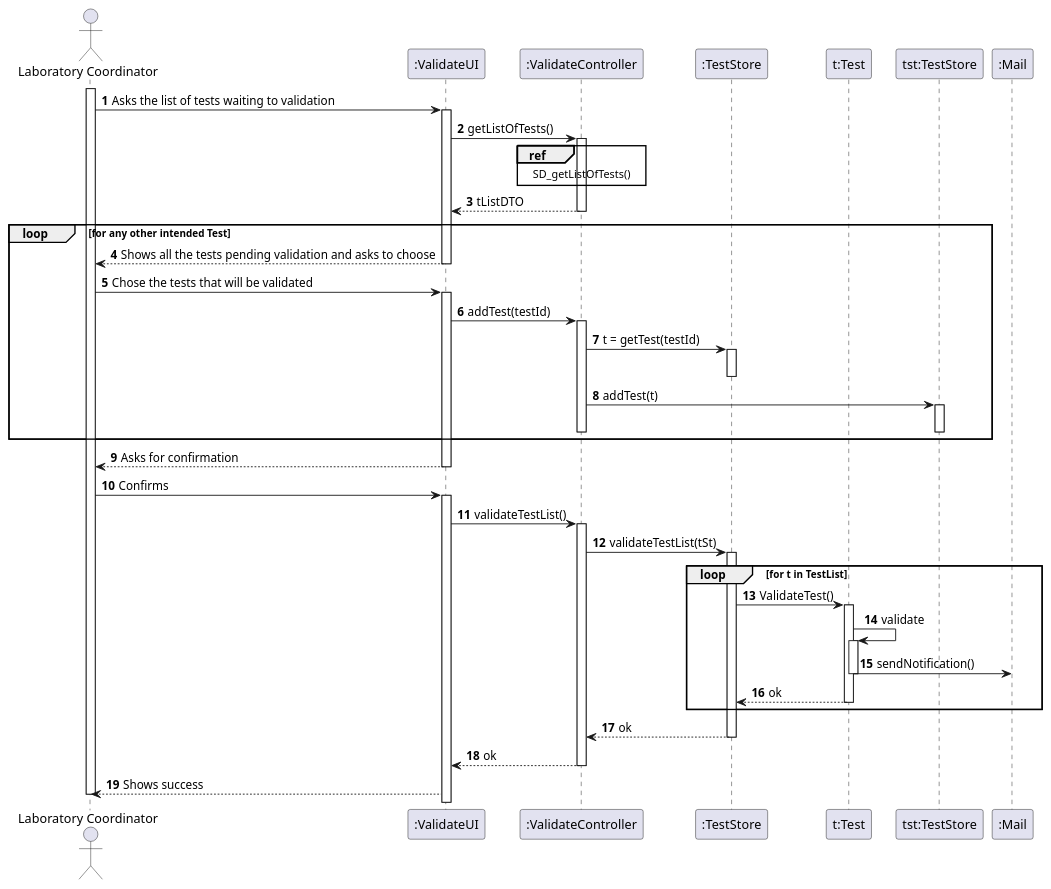
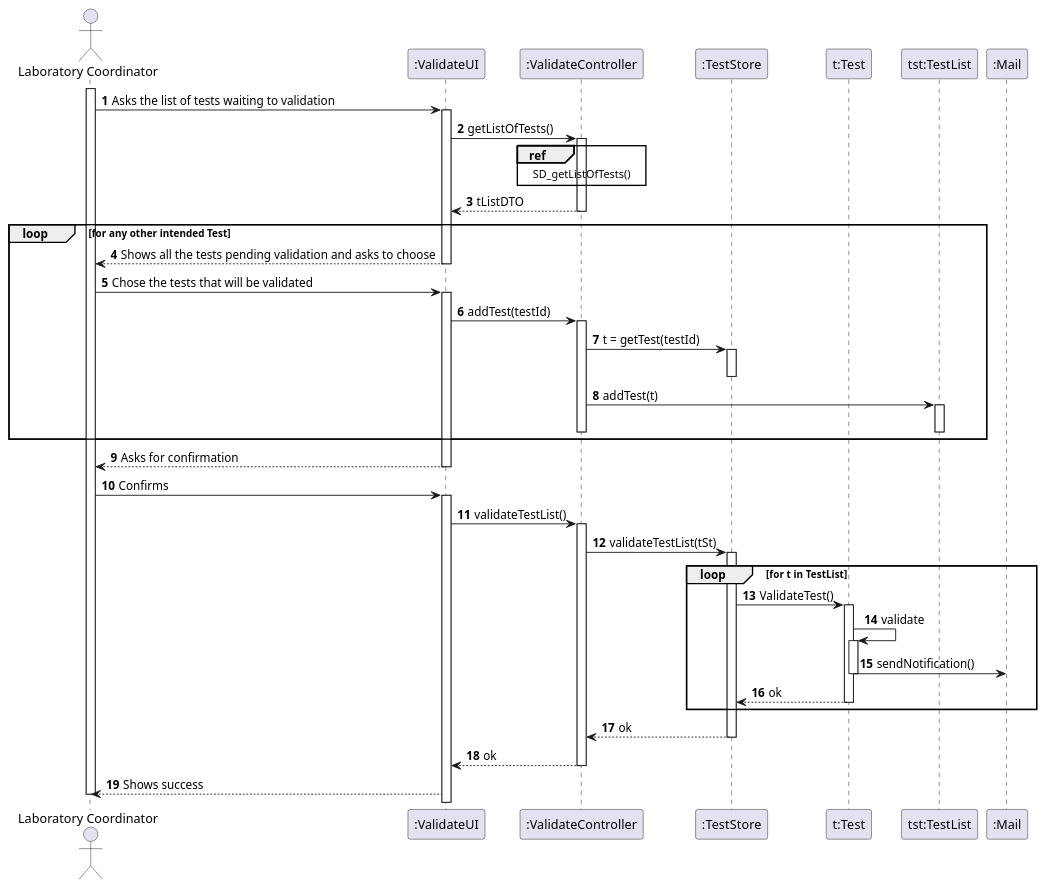
The diagram in docs/SprintC/US15/US15_SD.puml (MarianaCLages/LAPR2), drawn with PlantUML before and after one commit. The commit also changed 6 other files, not shown here.

```diff
--- a/docs/SprintC/US15/US15_SD.puml
+++ b/docs/SprintC/US15/US15_SD.puml
@@ -1,62 +1,62 @@
 @startuml
 'https://plantuml.com/sequence-diagram
 
 autonumber
 
 actor "Laboratory Coordinator" as lc
 participant ":ValidateUI" as UI
 participant ":ValidateController" as ctrl
 participant ":TestStore" as tStore
 participant "t:Test" as t
-participant "tst:TestStore" as tSt
+participant "tst:TestList" as tSt
 participant ":Mail" as email
 activate lc
 lc -> UI: Asks the list of tests waiting to validation
 activate UI
 UI -> ctrl: getListOfTests()
 activate ctrl
 ref over ctrl: SD_getListOfTests()
 return tListDTO
 deactivate ctrl
 loop for any other intended Test
     UI --> lc: Shows all the tests pending validation and asks to choose
     deactivate UI
     lc -> UI: Chose the tests that will be validated
     activate UI
     UI-> ctrl:addTest(testId)
     activate ctrl
     ctrl -> tStore: t = getTest(testId)
     activate tStore
     deactivate
     ctrl->tSt: addTest(t)
     activate tSt
     deactivate
     deactivate ctrl
     end
     UI --> lc: Asks for confirmation
 deactivate UI
 lc -> UI : Confirms
 activate UI
 UI -> ctrl : validateTestList()
 activate ctrl
 ctrl -> tStore: validateTestList(tSt)
 activate tStore
 loop for t in TestList
 tStore -> t: ValidateTest()
 activate t
 t-> t: validate
 activate t
 t -> email: sendNotification()
 deactivate t
 t --> tStore: ok
 deactivate t
 end
 tStore --> ctrl :ok
 deactivate tStore
 ctrl --> UI: ok
 deactivate ctrl
 
 UI --> lc: Shows success
 deactivate lc
 
 @enduml
```
